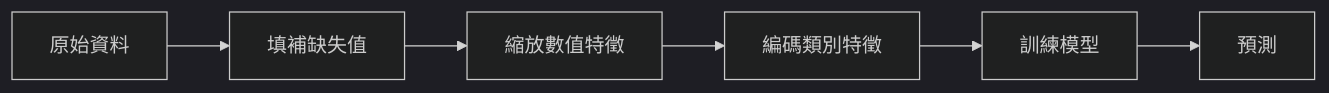
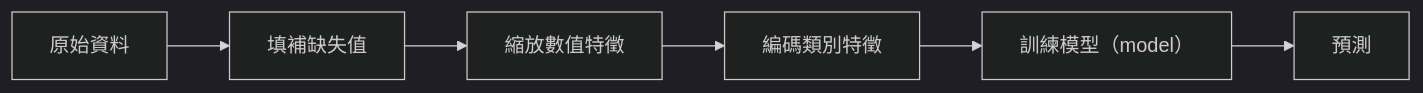
One commit to edward821220/ai-engineering-from-scratch changed the first of 2 diagrams in i18n/zh-TW/phases/02-ml-fundamentals/13-ml-pipelines/docs/zh-TW.md. Above: the diagram before and after it, drawn with Mermaid (dark theme). The commit also changed other lines of this file and 87 other files, not shown here.

````diff
--- a/i18n/zh-TW/phases/02-ml-fundamentals/13-ml-pipelines/docs/zh-TW.md
+++ b/i18n/zh-TW/phases/02-ml-fundamentals/13-ml-pipelines/docs/zh-TW.md
@@ -31,8 +31,8 @@
 ```mermaid
 flowchart LR
     A[原始資料] --> B[填補缺失值]
     B --> C[縮放數值特徵]
     C --> D[編碼類別特徵]
-    D --> E[訓練模型]
+    D --> E[訓練模型（model）]
     E --> F[預測]
 ```
````
